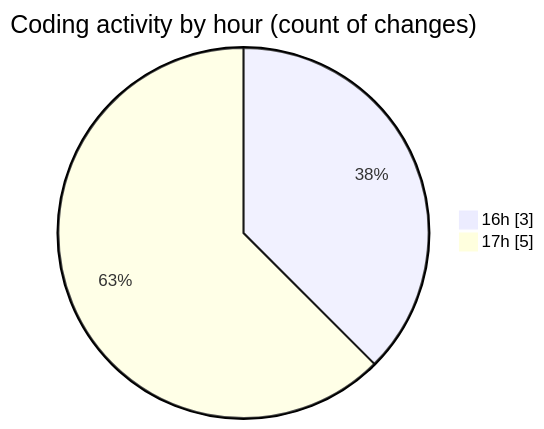
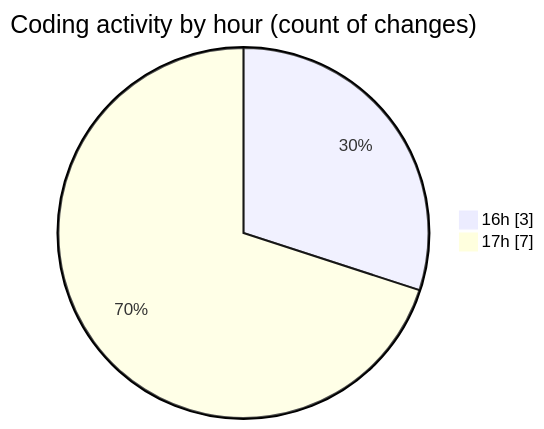
Before and after one commit to Unknowalive/code-tracking: the second of 2 diagrams in 2026-03-17/week6/README.md, drawn with Mermaid. The commit also changed other lines of this file and 1 other file, not shown here.

````diff
--- a/2026-03-17/week6/README.md
+++ b/2026-03-17/week6/README.md
@@ -29,6 +30,6 @@
 ```mermaid
 pie showData
 title Coding activity by hour (count of changes)
 "16h" : 3
-"17h" : 5
+"17h" : 7
 ```
````
